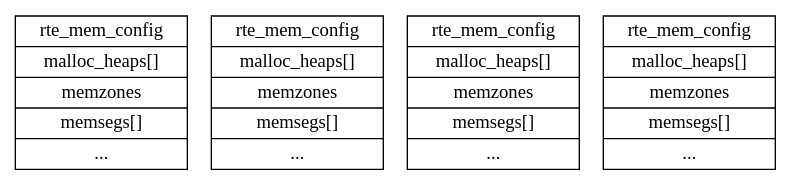
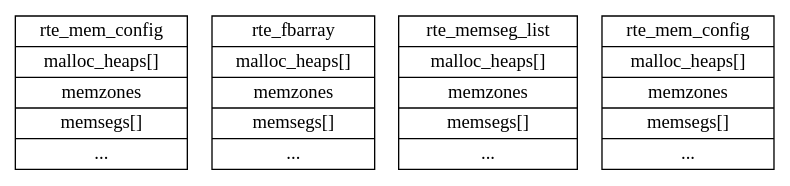
Before and after one commit to sisyphus1212/note: the diagram in dpdk/内存管理.md, drawn with Graphviz.

Commit message:
auto_update

````diff
--- a/dpdk/内存管理.md
+++ b/dpdk/内存管理.md
@@ -16,44 +16,44 @@
 ```graphviz
 digraph {
 	rte_mem_config[
 		label = "{
 		rte_mem_config|
         malloc_heaps[]|
 		memzones|
 		memsegs[]|
 		...
 		}",
 		shape = "record"
 	];
 	rte_fbarray[
 		label = "{
-		rte_mem_config|
+		rte_fbarray|
         malloc_heaps[]|
 		memzones|
 		memsegs[]|
 		...
 		}",
 		shape = "record"
 	];
 	rte_memseg_list[
 		label = "{
-		rte_mem_config|
+		rte_memseg_list|
         malloc_heaps[]|
 		memzones|
 		memsegs[]|
 		...
 		}",
 		shape = "record"
 	];
 	malloc_heap[
 		label = "{
 		rte_mem_config|
         malloc_heaps[]|
 		memzones|
 		memsegs[]|
 		...
 		}",
 		shape = "record"
 	];
 }
 ```
````
